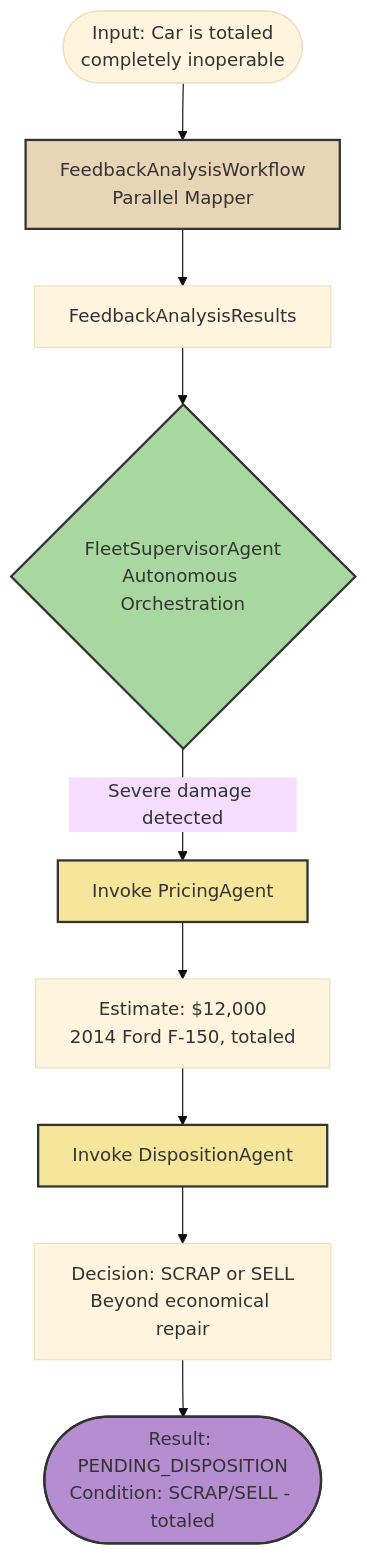
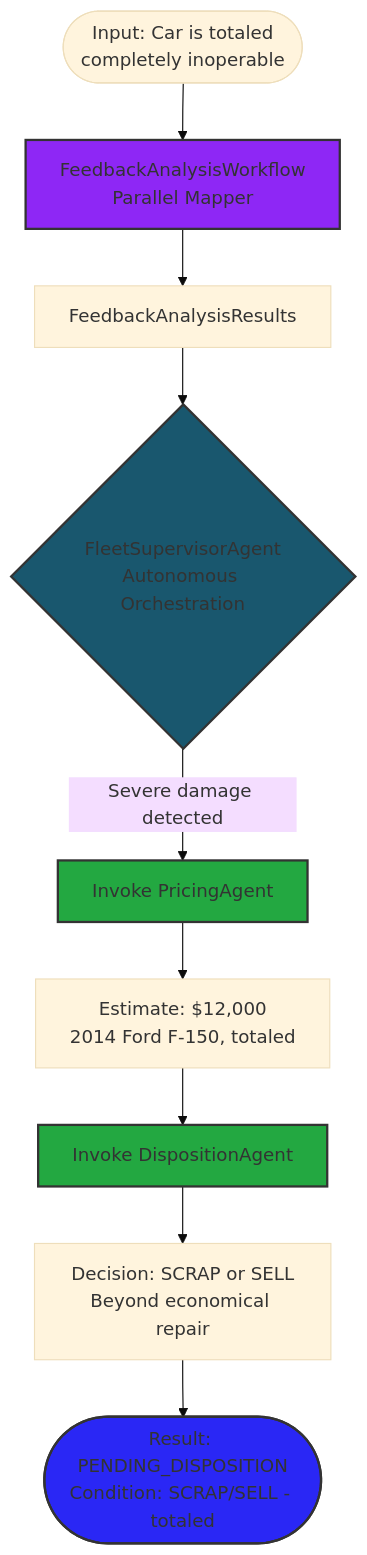
Before and after one commit to OpenLiberty/liberty-workshop-langchain4j: the third of 5 diagrams in docs/docs/section-2/step-04.md, drawn with Mermaid (base theme). The commit also changed other lines of this file and 12 other files, not shown here.

````diff
--- a/docs/docs/section-2/step-04.md
+++ b/docs/docs/section-2/step-04.md
@@ -496,20 +611,20 @@
 ```mermaid
 flowchart TD
     Start(["Input: Car is totaled<br/>completely inoperable"])
 
     Start --> FW["FeedbackAnalysisWorkflow<br/>Parallel Mapper"]
     FW --> Results["FeedbackAnalysisResults"]
     Results --> FSA{"FleetSupervisorAgent<br/>Autonomous Orchestration"}
 
     FSA -->|"Severe damage detected"| PA["Invoke PricingAgent"]
     PA --> PV["Estimate: $12,000<br/>2014 Ford F-150, totaled"]
     PV --> DA["Invoke DispositionAgent"]
     DA --> DD["Decision: SCRAP or SELL<br/>Beyond economical repair"]
     DD --> Result(["Result: PENDING_DISPOSITION<br/>Condition: SCRAP/SELL - totaled"])
 
-    style FW fill:#e8d5b5,stroke:#333,stroke-width:2,color:#333
-    style FSA fill:#a8d8a0,stroke:#333,stroke-width:2,color:#333
-    style PA fill:#f5e69c,stroke:#333,stroke-width:2,color:#333
-    style DA fill:#f5e69c,stroke:#333,stroke-width:2,color:#333
-    style Result fill:#b58dd0,stroke:#333,stroke-width:2,color:#333
+    style FW fill:#8E27F5,stroke:#333,stroke-width:2,color:#333
+    style FSA fill:#19576E,stroke:#333,stroke-width:2,color:#333
+    style PA fill:#23A841,stroke:#333,stroke-width:2,color:#333
+    style DA fill:#23A841,stroke:#333,stroke-width:2,color:#333
+    style Result fill:#2A27F5,stroke:#333,stroke-width:2,color:#333
 ```
````
